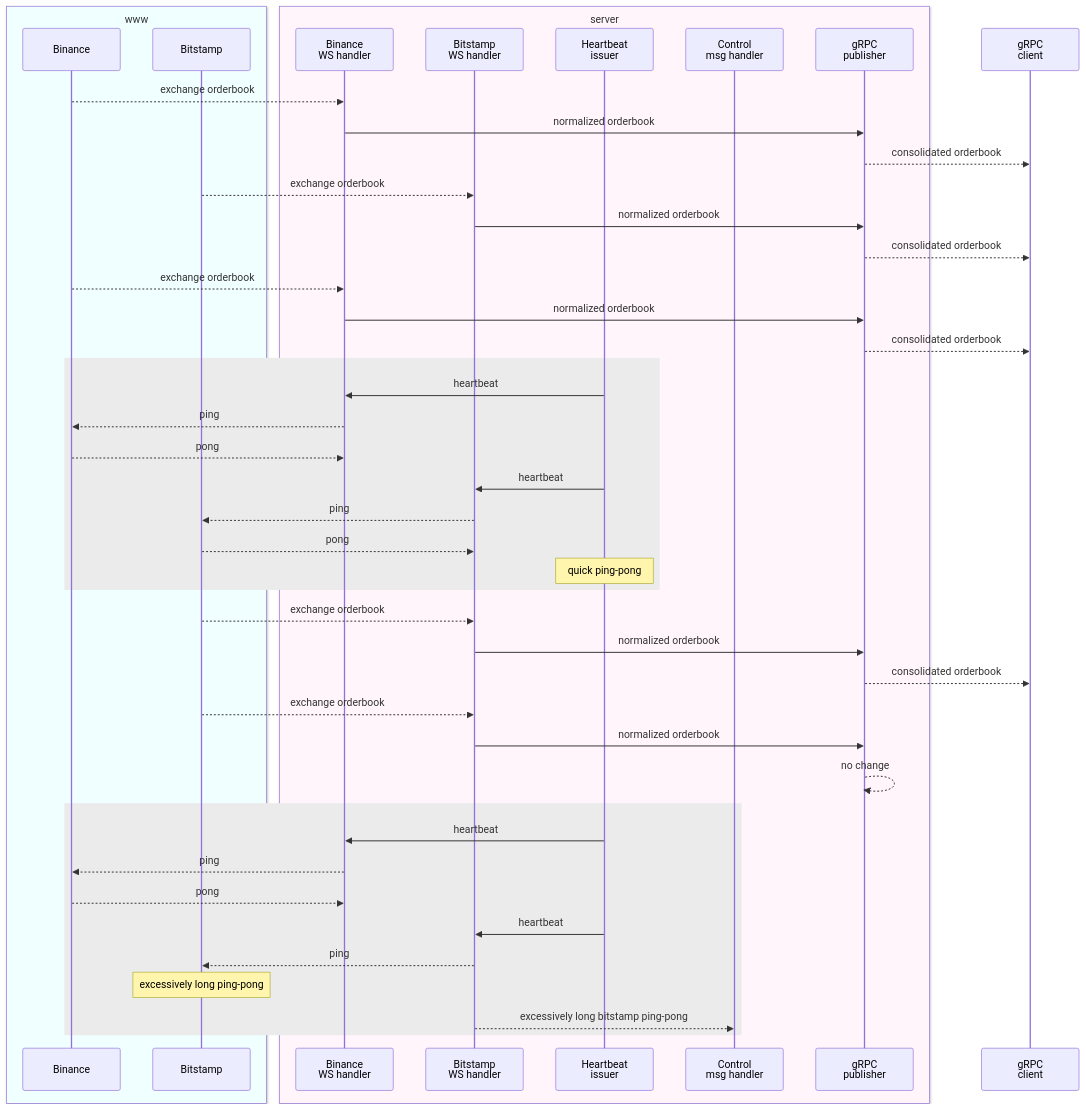
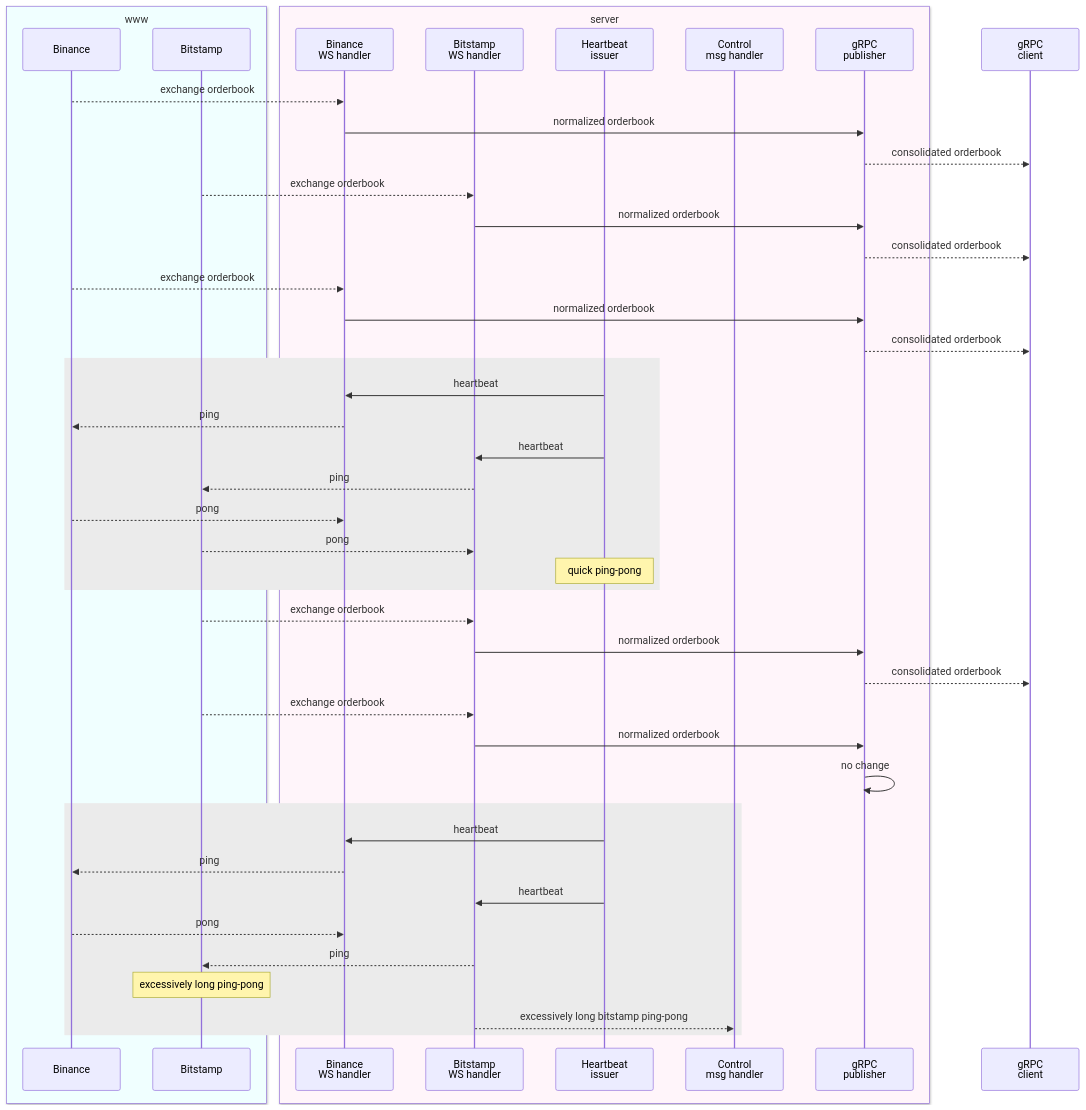
Before and after one commit to konrads/orderbook-aggregator: the diagram in README.md, drawn with Mermaid. The commit also changed other lines of this file and 5 other files, not shown here.

````diff
--- a/README.md
+++ b/README.md
@@ -35,55 +53,55 @@
 ```mermaid
 sequenceDiagram
     box rgb(240, 255, 255) www
         participant binance as Binance
         participant bitstamp as Bitstamp
     end
     box rgb(255, 245, 250) server
         participant binanceWS as Binance<br/>WS handler
         participant bitstampWS as Bitstamp<br/>WS handler
         participant heartbeat as Heartbeat<br/>issuer
         participant control as Control<br/>msg handler
         participant publisher as gRPC<br/>publisher
     end
     participant client as gRPC<br/>client
 
     binance-->>binanceWS: exchange orderbook
     binanceWS->>publisher: normalized orderbook
     publisher-->>client: consolidated orderbook
 
     bitstamp-->>bitstampWS: exchange orderbook
     bitstampWS->>publisher: normalized orderbook
     publisher-->>client: consolidated orderbook
 
     binance-->>binanceWS: exchange orderbook
     binanceWS->>publisher: normalized orderbook
     publisher-->>client: consolidated orderbook
 
     rect rgb(235, 235, 235)
         heartbeat->>binanceWS: heartbeat
         binanceWS-->>binance: ping
-        binance-->>binanceWS: pong
         heartbeat->>bitstampWS: heartbeat
         bitstampWS-->>bitstamp: ping
+        binance-->>binanceWS: pong
         bitstamp-->>bitstampWS: pong
         note over heartbeat: quick ping-pong
     end
 
     bitstamp-->>bitstampWS: exchange orderbook
     bitstampWS->>publisher: normalized orderbook
     publisher-->>client: consolidated orderbook
 
     bitstamp-->>bitstampWS: exchange orderbook
     bitstampWS->>publisher: normalized orderbook
-    publisher-->>publisher: no change
+    publisher->>publisher: no change
 
     rect rgb(235, 235, 235)
         heartbeat->>binanceWS: heartbeat
         binanceWS-->>binance: ping
+        heartbeat->>bitstampWS: heartbeat
         binance-->>binanceWS: pong
-        heartbeat->>bitstampWS: heartbeat
         bitstampWS-->>bitstamp: ping
         note over bitstamp: excessively long ping-pong
         bitstampWS-->>control: excessively long bitstamp ping-pong
     end
 ```
````
